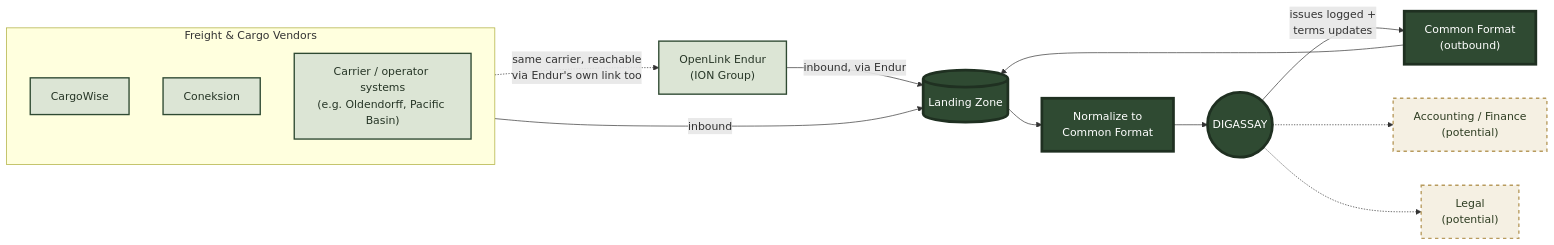
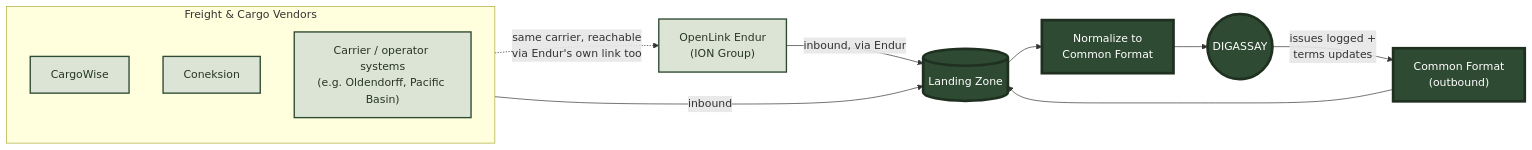
Before and after one commit to DIGASSAY/digassay: the diagram in Integrations/Freight and Cargo/Freight and Cargo 1.00.md, drawn with Mermaid. The commit also changed other lines of this file and 5 other files, not shown here.

````diff
--- a/Integrations/Freight and Cargo/Freight and Cargo 1.00.md
+++ b/Integrations/Freight and Cargo/Freight and Cargo 1.00.md
@@ -19,30 +19,26 @@
 ```mermaid
 flowchart LR
     classDef n fill:#DCE5D5,stroke:#2F4A32,color:#263526,stroke-width:2px;
     classDef c fill:#2F4A32,stroke:#1F3021,color:#FFFFFF,stroke-width:4px;
-    classDef roadmap fill:#F5F0E3,stroke:#B89B5E,color:#2D3C21,stroke-width:2px,stroke-dasharray:5 5;
 
     subgraph V["Freight &amp; Cargo Vendors"]
         direction TB
         CW["CargoWise"]
         CX["Coneksion"]
         CARR["Carrier / operator systems<br/>(e.g. Oldendorff, Pacific Basin)"]
     end
 
     OE["OpenLink Endur<br/>(ION Group)"]
     CARR -.->|"same carrier, reachable<br/>via Endur's own link too"| OE
 
     V -->|inbound| LZ[("Landing Zone")]
     OE -->|"inbound, via Endur"| LZ
 
     LZ --> NF["Normalize to<br/>Common Format"]
     NF --> DA(("DIGASSAY"))
 
     DA -->|"issues logged +<br/>terms updates"| RF["Common Format<br/>(outbound)"]
     RF --> LZ
 
-    DA -.-> ACC["Accounting / Finance<br/>(potential)"]
-    DA -.-> LEG["Legal<br/>(potential)"]
-
-    class CW,CX,OE,CARR n; class LZ,NF,RF c; class DA c; class ACC,LEG roadmap;
+    class CW,CX,OE,CARR n; class LZ,NF,RF c; class DA c;
 ```
````
